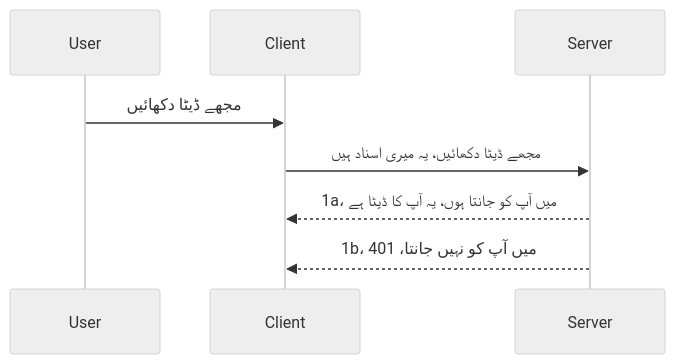
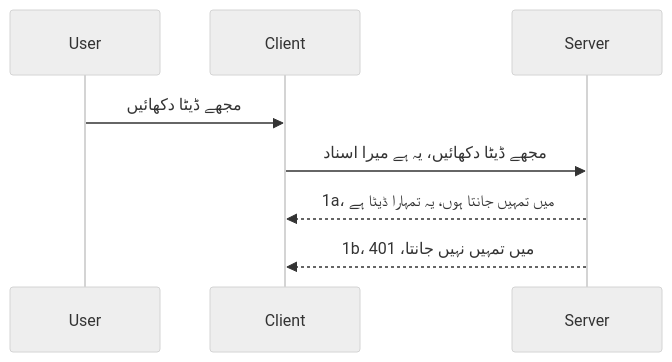
One commit to HIDORAKAI002/ai-workspace-archive changed the diagram in mcp_ecosystem__model_context_protocol/mcp_learning_resources/mcp-for-beginners/translations/ur/03-GettingStarted/11-simple-auth/README.md. Above: the diagram before and after it, drawn with Mermaid (neutral theme). The commit also changed other lines of this file and 1046 other files, not shown here.

````diff
--- a/mcp_ecosystem__model_context_protocol/mcp_learning_resources/mcp-for-beginners/translations/ur/03-GettingStarted/11-simple-auth/README.md
+++ b/mcp_ecosystem__model_context_protocol/mcp_learning_resources/mcp-for-beginners/translations/ur/03-GettingStarted/11-simple-auth/README.md
@@ -24,11 +24,11 @@
 ```mermaid
 sequenceDiagram
    participant User
    participant Client
    participant Server
 
    User->>Client: مجھے ڈیٹا دکھائیں
-   Client->>Server: مجھے ڈیٹا دکھائیں، یہ میری اسناد ہیں
-   Server-->>Client: 1a، میں آپ کو جانتا ہوں، یہ آپ کا ڈیٹا ہے
-   Server-->>Client: 1b، میں آپ کو نہیں جانتا، 401 
+   Client->>Server: مجھے ڈیٹا دکھائیں، یہ ہے میرا اسناد
+   Server-->>Client: 1a، میں تمہیں جانتا ہوں، یہ تمہارا ڈیٹا ہے
+   Server-->>Client: 1b، میں تمہیں نہیں جانتا، 401 
 ```
````
